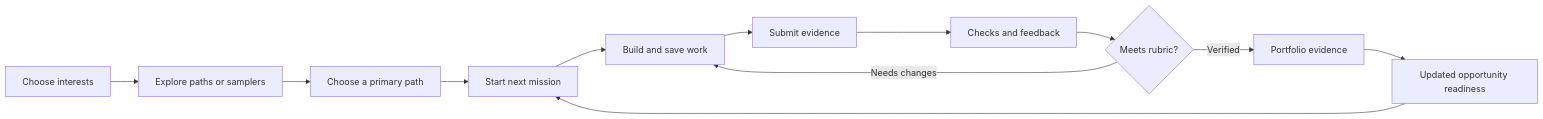
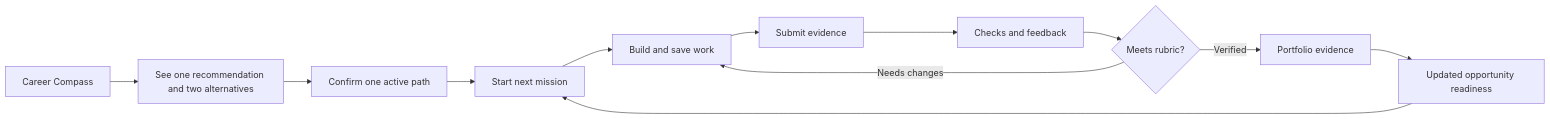
One commit to SylvesterAshford/lan-pya changed the diagram in docs/product/LAN_PYA_CAREER_QUEST_PLAN.md. Above: the diagram before and after it, drawn with Mermaid. The commit also changed other lines of this file and 59 other files, not shown here.

````diff
--- a/docs/product/LAN_PYA_CAREER_QUEST_PLAN.md
+++ b/docs/product/LAN_PYA_CAREER_QUEST_PLAN.md
@@ -140,14 +141,14 @@
 ```mermaid
 flowchart LR
-    A["Choose interests"] --> B["Explore paths or samplers"]
-    B --> C["Choose a primary path"]
+    A["Career Compass"] --> B["See one recommendation and two alternatives"]
+    B --> C["Confirm one active path"]
     C --> D["Start next mission"]
     D --> E["Build and save work"]
     E --> F["Submit evidence"]
     F --> G["Checks and feedback"]
     G --> H{"Meets rubric?"}
     H -- "Needs changes" --> E
     H -- "Verified" --> I["Portfolio evidence"]
     I --> J["Updated opportunity readiness"]
     J --> D
 ```
````
